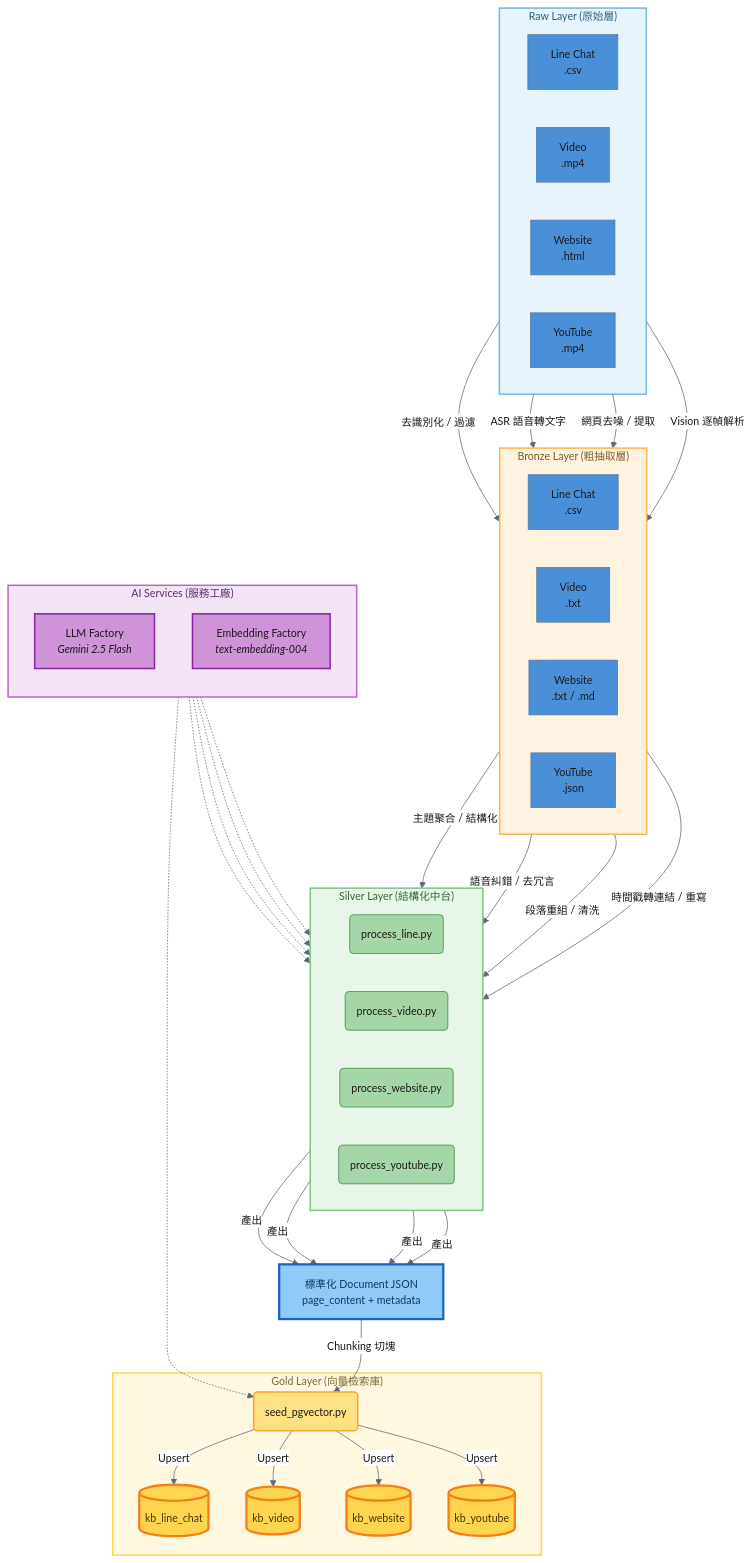
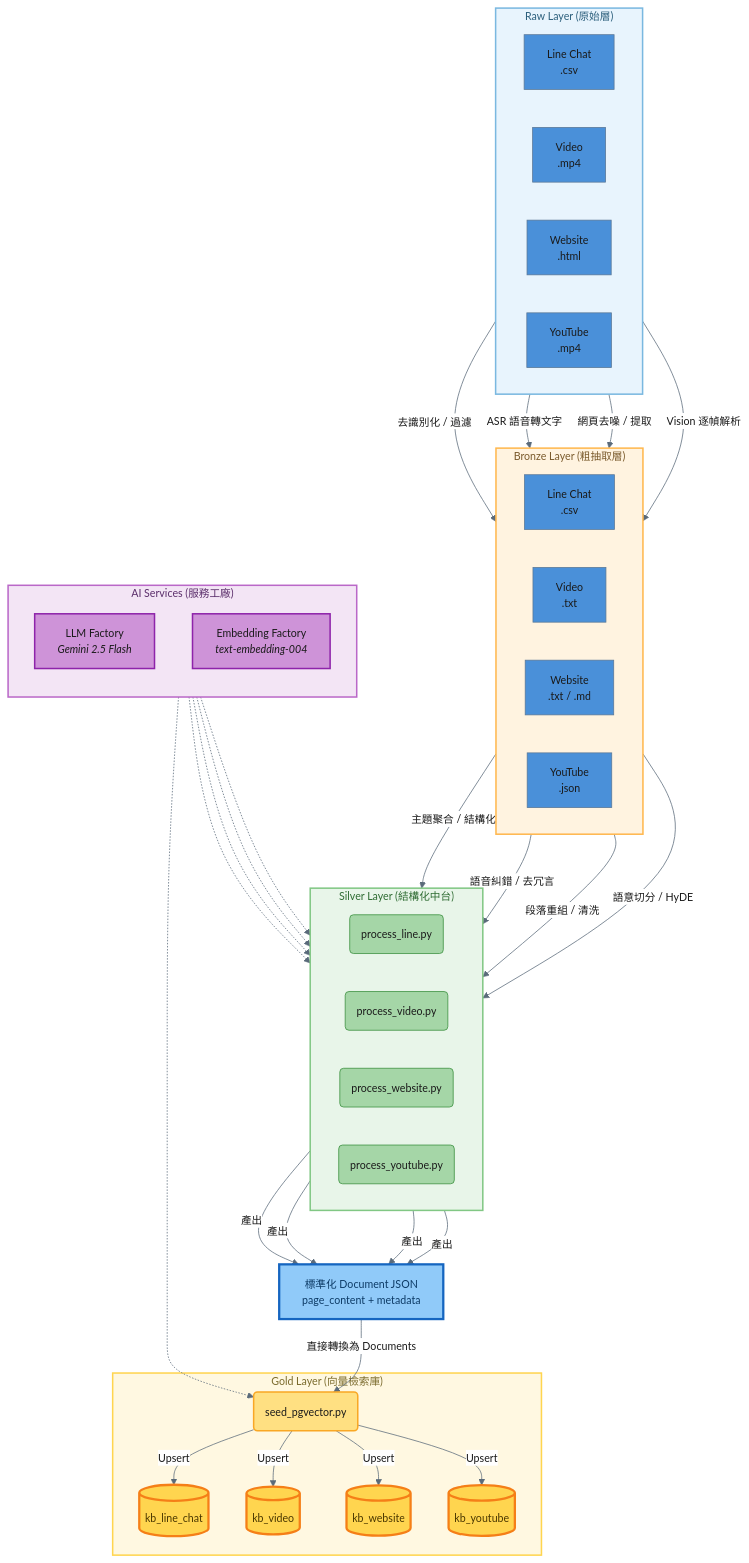
Before and after one commit to Imding1211/lock_AI_data: the diagram in docs/assets/architecture.mmd, drawn with Mermaid. The commit also changed 62 other files, not shown here.

First line of the commit message:
docs: update all manuals to reflect semantic pre-chunking, HyDE, and small-to-big retrieval architecture

```diff
--- a/docs/assets/architecture.mmd
+++ b/docs/assets/architecture.mmd
@@ -1,86 +1,86 @@
 ---
 config:
   layout: dagre
   theme: base
   themeVariables:
     primaryColor: '#4A90D9'
     primaryTextColor: '#1a1a1a'
     lineColor: '#5A6A7A'
     edgeLabelBackground: '#ffffff'
     tertiaryTextColor: '#1a1a1a'
     fontSize: 14px
 ---
 graph TD
     subgraph RAW ["Raw Layer (原始層)"]
         direction LR
         A1["Line Chat<br/>.csv"]
         A2["Video<br/>.mp4"]
         A3["Website<br/>.html"]
         A4["YouTube<br/>.mp4"]
     end
 
     subgraph BRONZE ["Bronze Layer (粗抽取層)"]
         direction LR
         B1["Line Chat<br/>.csv"]
         B2["Video<br/>.txt"]
         B3["Website<br/>.txt / .md"]
         B4["YouTube<br/>.json"]
     end
 
     subgraph SILVER ["Silver Layer (結構化中台)"]
         direction LR
         C1("process_line.py")
         C2("process_video.py")
         C3("process_website.py")
         C4("process_youtube.py")
     end
 
     D["標準化 Document JSON<br/>page_content + metadata"]
 
     subgraph GOLD ["Gold Layer (向量檢索庫)"]
         E("seed_pgvector.py")
         F1[("kb_line_chat")]
         F2[("kb_video")]
         F3[("kb_website")]
         F4[("kb_youtube")]
     end
     A1 -->|"去識別化 / 過濾"| B1
     A2 -->|"ASR 語音轉文字"| B2
     A3 -->|"網頁去噪 / 提取"| B3
     A4 -->|"Vision 逐幀解析"| B4
 
     B1 -->|"主題聚合 / 結構化"| C1
     B2 -->|"語音糾錯 / 去冗言"| C2
     B3 -->|"段落重組 / 清洗"| C3
-    B4 -->|"時間戳轉連結 / 重寫"| C4
+    B4 -->|"語意切分 / HyDE"| C4
 
     C1 & C2 & C3 & C4 -->|"產出"| D
 
-    D -->|"Chunking 切塊"| E
+    D -->|"直接轉換為 Documents"| E
 
     E -->|"Upsert"| F1 & F2 & F3 & F4
     subgraph AI ["AI Services (服務工廠)"]
         direction TB
         LLM_F["LLM Factory<br/><i>Gemini 2.5 Flash</i>"]
         EMB_F["Embedding Factory<br/><i>text-embedding-004</i>"]
     end
 
     LLM_F -.-> C1 & C2 & C3 & C4
     EMB_F -.-> E
     style RAW fill:#E8F4FD,stroke:#7AB8E0,stroke-width:2px,color:#2C5F7C
     style BRONZE fill:#FFF3E0,stroke:#FFB74D,stroke-width:2px,color:#7A5A2C
     style SILVER fill:#E8F5E9,stroke:#81C784,stroke-width:2px,color:#2E6B32
     style GOLD fill:#FFF8E1,stroke:#FFD54F,stroke-width:2px,color:#7A6A2C
     style AI fill:#F3E5F5,stroke:#BA68C8,stroke-width:2px,color:#5A2D6A
     style LLM_F fill:#CE93D8,stroke:#8E24AA,stroke-width:2px,color:#1a1a1a
     style EMB_F fill:#CE93D8,stroke:#8E24AA,stroke-width:2px,color:#1a1a1a
     style D fill:#90CAF9,stroke:#1565C0,stroke-width:3px,color:#0D3B66
     style C1 fill:#A5D6A7,stroke:#388E3C,stroke-width:1px
     style C2 fill:#A5D6A7,stroke:#388E3C,stroke-width:1px
     style C3 fill:#A5D6A7,stroke:#388E3C,stroke-width:1px
     style C4 fill:#A5D6A7,stroke:#388E3C,stroke-width:1px
     style E fill:#FFE082,stroke:#F9A825,stroke-width:2px
     style F1 fill:#FFD54F,stroke:#F57F17,stroke-width:3px,color:#4A3700
     style F2 fill:#FFD54F,stroke:#F57F17,stroke-width:3px,color:#4A3700
     style F3 fill:#FFD54F,stroke:#F57F17,stroke-width:3px,color:#4A3700
     style F4 fill:#FFD54F,stroke:#F57F17,stroke-width:3px,color:#4A3700
```
